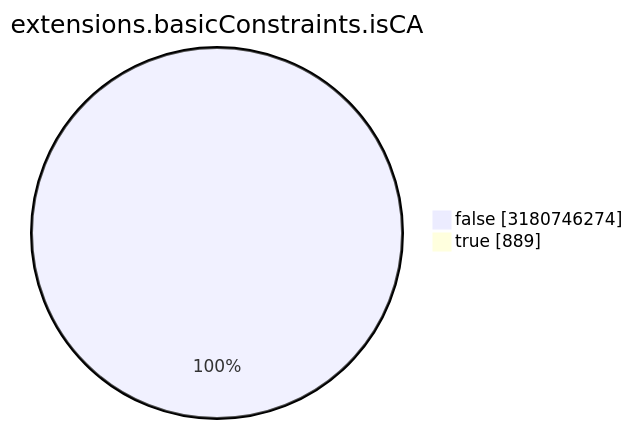
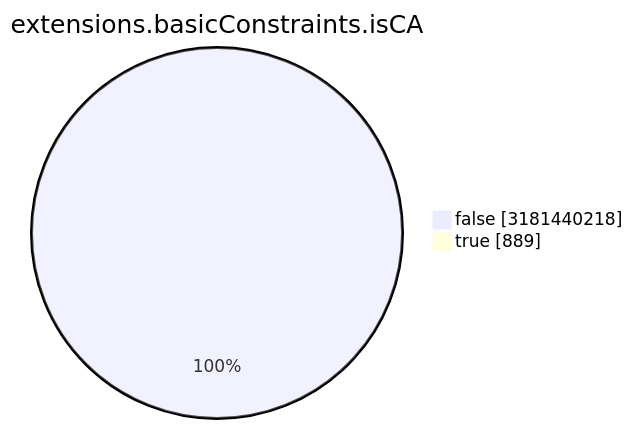
One commit to christiankrug/ctmonitor_visualization changed the seventh of 15 diagrams in TOTAL/README.md. Above: the diagram before and after it, drawn with Mermaid. The commit also changed other lines of this file, not shown here.

````diff
--- a/TOTAL/README.md
+++ b/TOTAL/README.md
@@ -3088,6 +3088,6 @@
 ```mermaid
 pie showData
 title extensions.basicConstraints.isCA
-"false" :3180746274
+"false" :3181440218
 "true" :889
 ```
````
